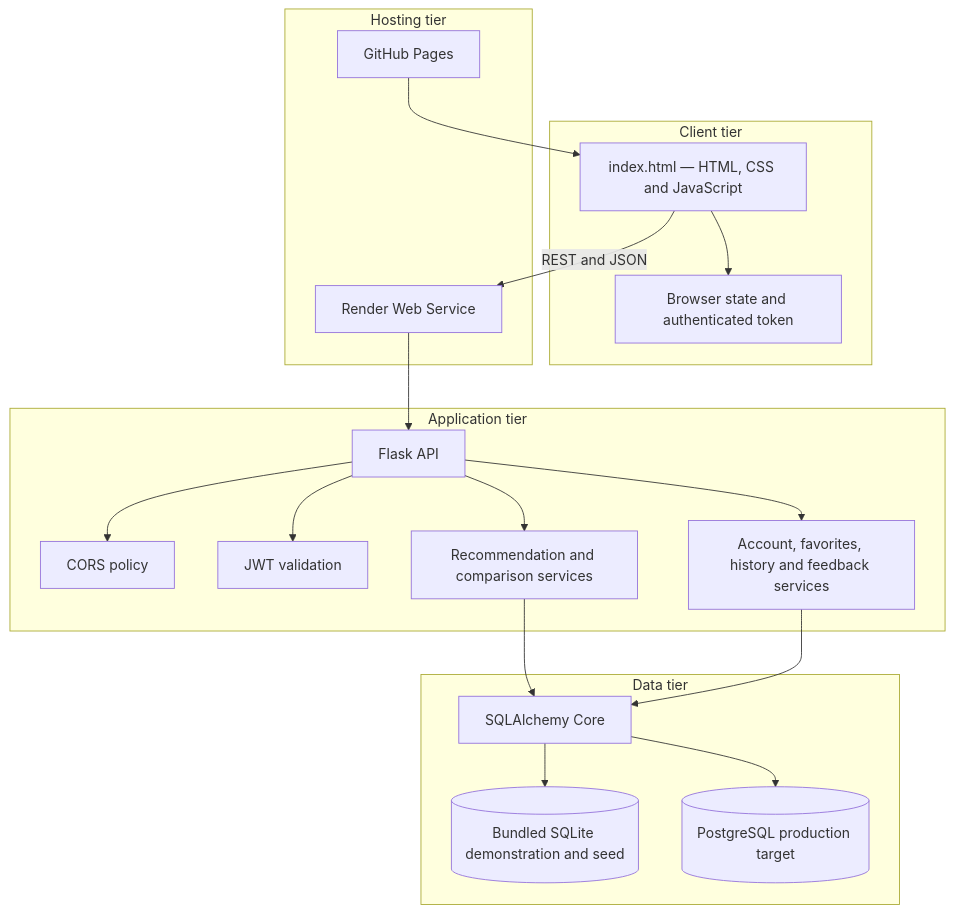
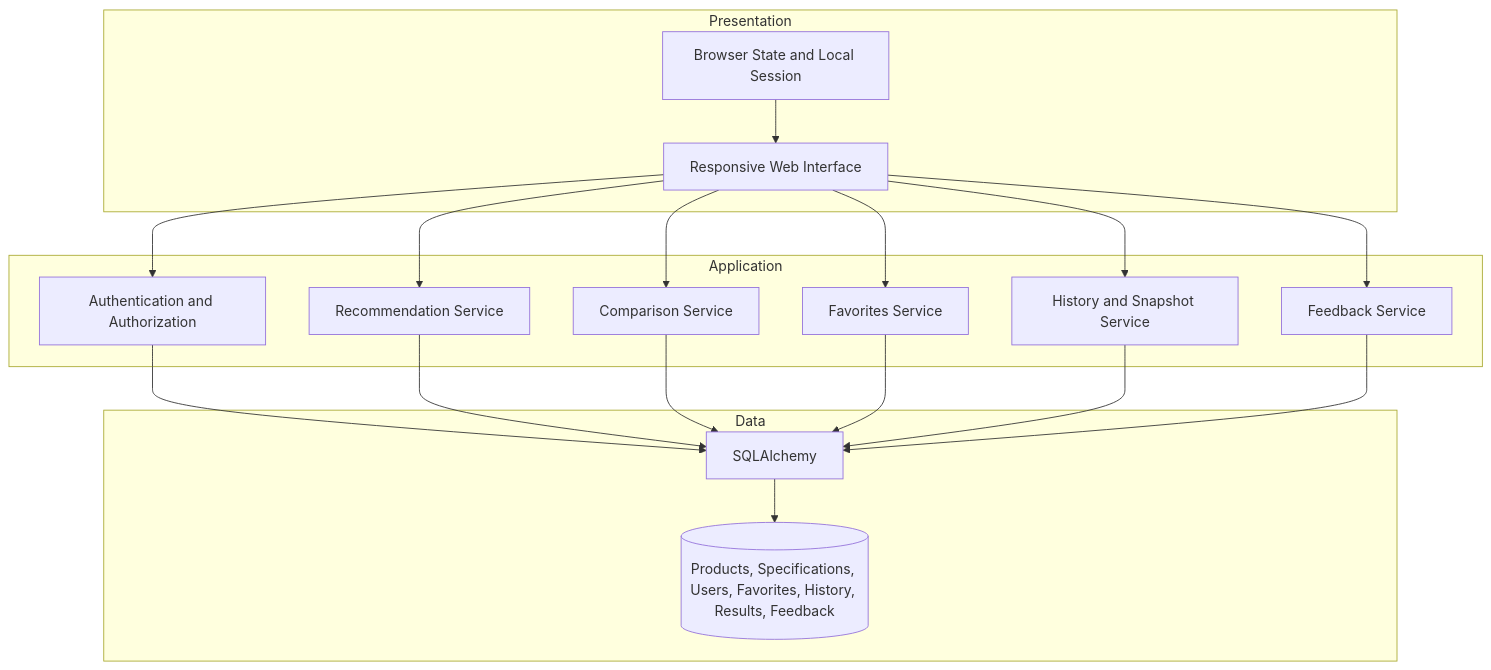
The second of 7 diagrams in docs/v3-design-and-architecture.md (Chu-Junjie/CP3407-PROJECT), drawn with Mermaid before and after one commit. The commit also changed other lines of this file, not shown here.

Commit message:
docs: prepare submission-ready V3 architecture record

````diff
--- a/docs/v3-design-and-architecture.md
+++ b/docs/v3-design-and-architecture.md
@@ -93,39 +45,36 @@
 ```mermaid
 flowchart TB
-    subgraph Client[Client tier]
-        UI[index.html — HTML, CSS and JavaScript]
-        LocalState[Browser state and authenticated token]
+    subgraph Presentation
+        UI[Responsive Web Interface]
+        STATE[Browser State and Local Session]
     end
 
-    subgraph Hosting[Hosting tier]
-        GH[GitHub Pages]
-        Render[Render Web Service]
+    subgraph Application
+        AUTH[Authentication and Authorization]
+        REC[Recommendation Service]
+        COMP[Comparison Service]
+        FAV[Favorites Service]
+        HIST[History and Snapshot Service]
+        FB[Feedback Service]
     end
 
-    subgraph Application[Application tier]
-        Flask[Flask API]
-        CORS[CORS policy]
-        JWT[JWT validation]
-        Recommend[Recommendation and comparison services]
-        Accounts[Account, favorites, history and feedback services]
+    subgraph Data
+        ORM[SQLAlchemy]
+        DB[(Products, Specifications, Users, Favorites, History, Results, Feedback)]
     end
 
-    subgraph Data[Data tier]
-        SQLA[SQLAlchemy Core]
-        SQLite[(Bundled SQLite demonstration and seed)]
-        PostgreSQL[(PostgreSQL production target)]
-    end
-
-    GH --> UI
-    UI --> LocalState
-    UI -->|REST and JSON| Render
-    Render --> Flask
-    Flask --> CORS
-    Flask --> JWT
-    Flask --> Recommend
-    Flask --> Accounts
-    Recommend --> SQLA
-    Accounts --> SQLA
-    SQLA --> SQLite
-    SQLA --> PostgreSQL
+    UI --> AUTH
+    UI --> REC
+    UI --> COMP
+    UI --> FAV
+    UI --> HIST
+    UI --> FB
+    AUTH --> ORM
+    REC --> ORM
+    COMP --> ORM
+    FAV --> ORM
+    HIST --> ORM
+    FB --> ORM
+    ORM --> DB
+    STATE --> UI
 ```
````
